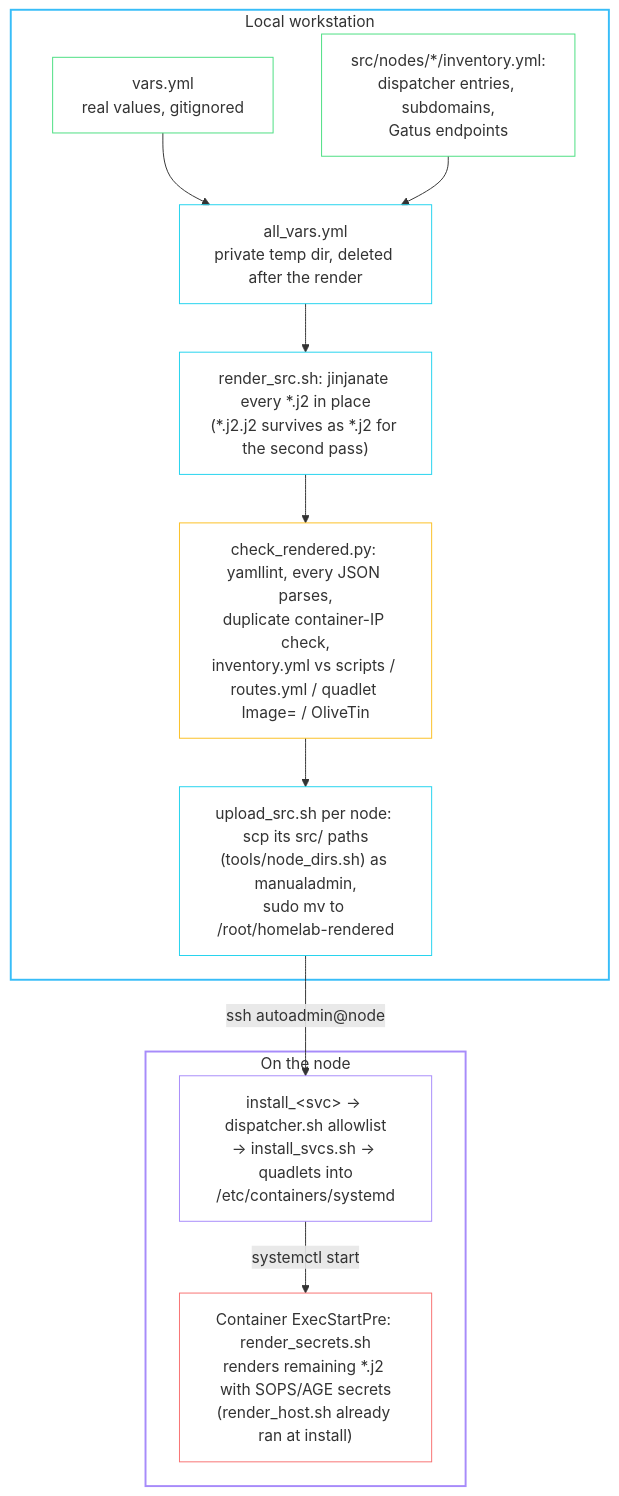
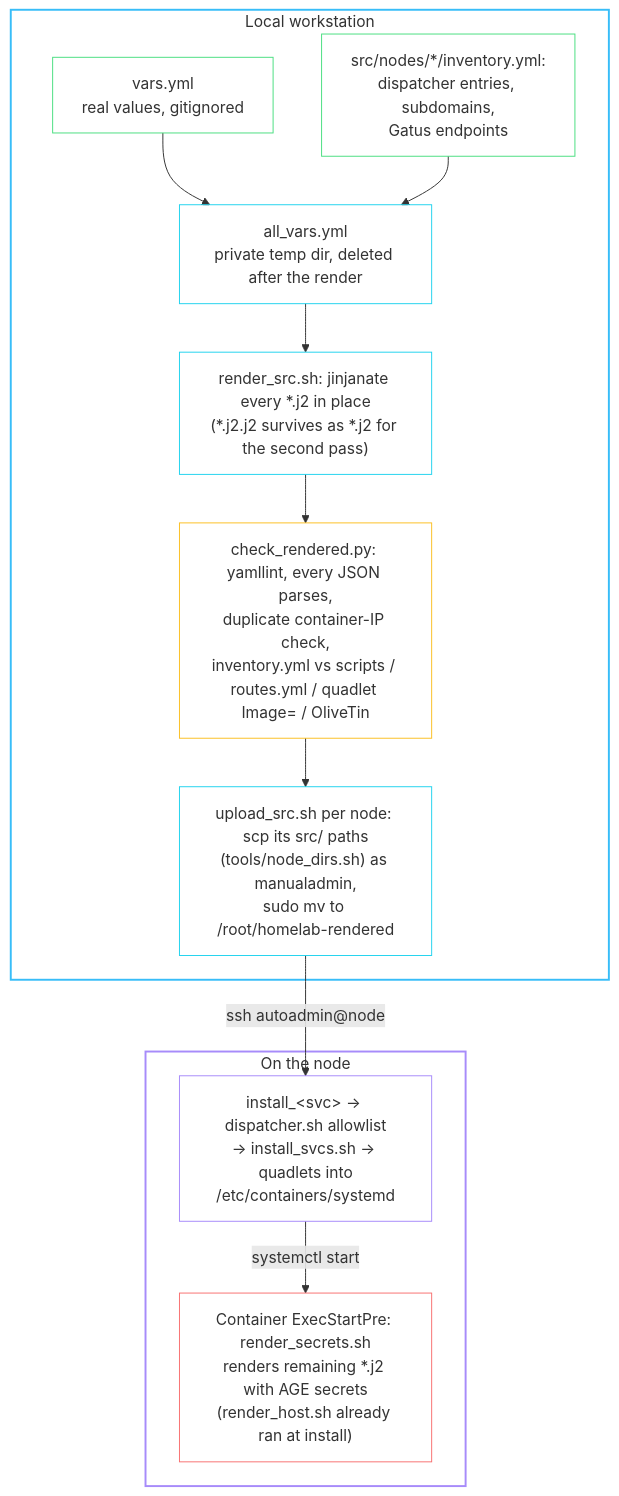
One commit to babraham123/homelab changed the diagram in rendered/docs/development.md. Above: the diagram before and after it, drawn with Mermaid. The commit also changed other lines of this file and 57 other files, not shown here.

First line of the commit message:
Secrets: plain age on pve1, SOPS dropped

````diff
--- a/rendered/docs/development.md
+++ b/rendered/docs/development.md
@@ -93,35 +93,35 @@
 ```mermaid
 flowchart TB
     subgraph local["Local workstation"]
         vars["vars.yml<br/>real values, gitignored"]
         inventory["src/nodes/*/inventory.yml:<br/>dispatcher entries, subdomains,<br/>Gatus endpoints"]
         allvars["all_vars.yml<br/>private temp dir, deleted after the render"]
         render["render_src.sh: jinjanate every *.j2 in place<br/>(*.j2.j2 survives as *.j2 for the second pass)"]
         validate["check_rendered.py: yamllint, every JSON parses,<br/>duplicate container-IP check,<br/>inventory.yml vs scripts / routes.yml / quadlet Image= / OliveTin"]
         upload["upload_src.sh per node: scp its src/ paths<br/>(tools/node_dirs.sh) as manualadmin,<br/>sudo mv to /root/homelab-rendered"]
     end
 
     subgraph node["On the node"]
         dispatch["install_&lt;svc&gt; → dispatcher.sh allowlist<br/>→ install_svcs.sh → quadlets into<br/>/etc/containers/systemd"]
-        second["Container ExecStartPre: render_secrets.sh<br/>renders remaining *.j2 with SOPS/AGE secrets<br/>(render_host.sh already ran at install)"]
+        second["Container ExecStartPre: render_secrets.sh<br/>renders remaining *.j2 with AGE secrets<br/>(render_host.sh already ran at install)"]
     end
 
     vars --> allvars
     inventory --> allvars
     allvars --> render --> validate --> upload
     upload -- "ssh autoadmin@node" --> dispatch
     dispatch -- "systemctl start" --> second
 
     style local stroke:#38bdf8,stroke-width:2px,fill:transparent
     style node stroke:#a78bfa,stroke-width:2px,fill:transparent
     classDef input stroke:#4ade80,fill:transparent
     classDef step stroke:#22d3ee,fill:transparent
     classDef onnode stroke:#a78bfa,fill:transparent
     classDef check stroke:#fbbf24,fill:transparent
     classDef secret stroke:#f87171,fill:transparent
     class vars,inventory input
     class allvars,render,upload step
     class dispatch onnode
     class validate check
     class second secret
 ```
````
